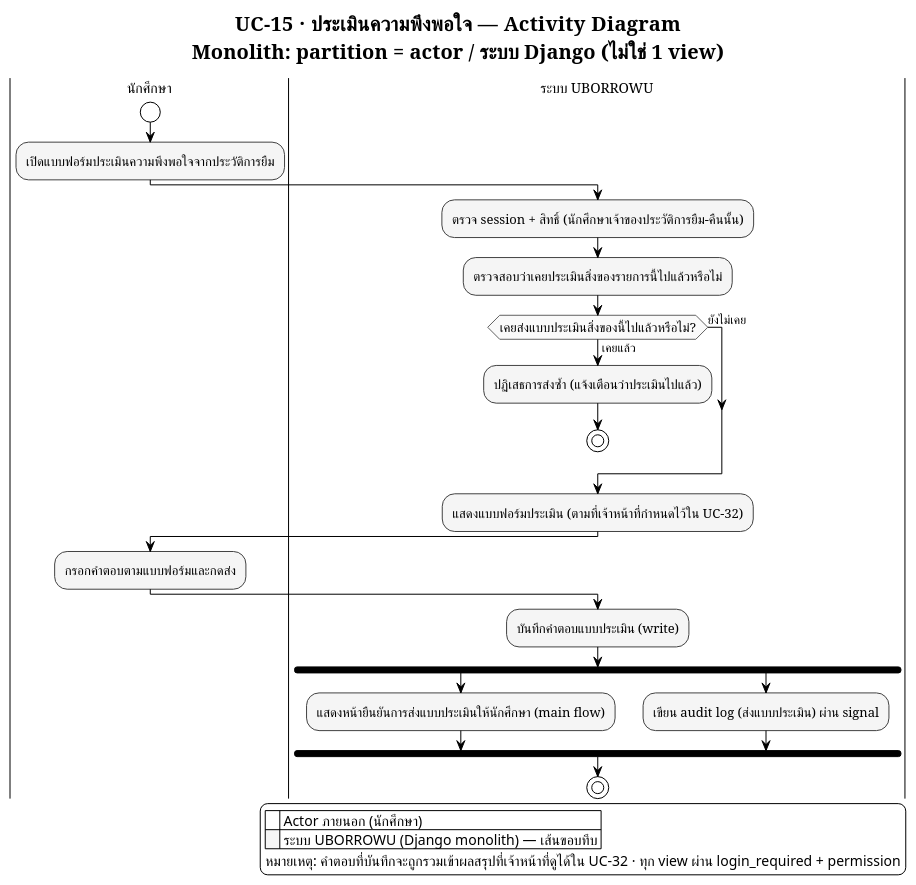
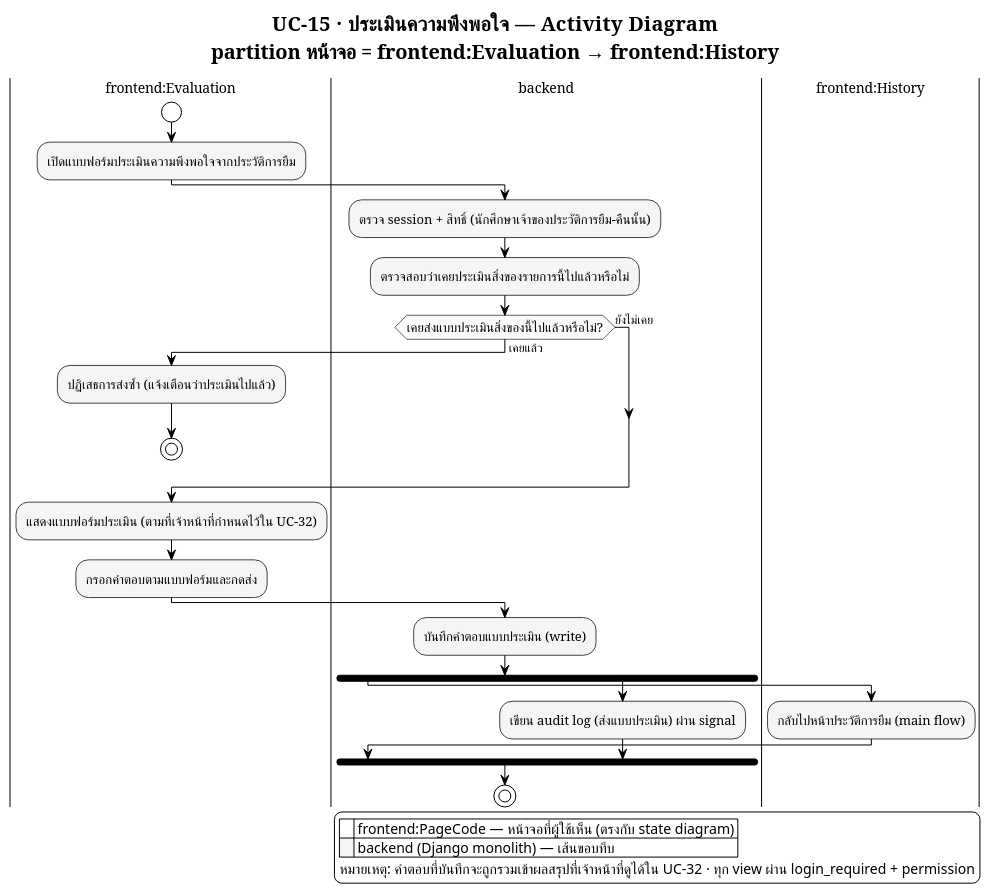
Before and after one commit to patlnwza-007/project-2569: the diagram in proposal/usecase/activity_module5_uc15.puml, drawn with PlantUML. The commit also changed 46 other files, not shown here.

First line of the commit message:
Rework UI state/activity diagrams onto frontend:PageCode/backend convention

```diff
--- a/proposal/usecase/activity_module5_uc15.puml
+++ b/proposal/usecase/activity_module5_uc15.puml
@@ -1,81 +1,82 @@
 @startuml activity_module5_uc15
 ' ══════════════════════════════════════════════════════════════════
 ' รองรับภาษาไทย — อ่านก่อน render:
 ' 1. บันทึกไฟล์นี้เป็น UTF-8 (ไม่ต้องมี BOM) เสมอ
 ' 2. ถ้า render ผ่าน CLI (plantuml.jar) ต้องระบุ flag encoding ด้วย:
 '      java -Dfile.encoding=UTF-8 -jar plantuml.jar -charset UTF-8 activity_evaluation_submit_evaluation.puml
 ' 3. บังคับใช้ Smetana (pure-Java layout engine) แทน Graphviz/dot
 '    เพราะ Graphviz บางระบบ (โดยเฉพาะ Windows) อ่าน UTF-8 ไม่ตรง ทำให้ตัวอักษรไทยเพี้ยน/หาย
 !pragma layout smetana
 ' 4. ฟอนต์ที่มีสระ/วรรณยุกต์ไทยครบและ render ผ่าน Java ได้เสถียร
 '    - Windows: "TH Sarabun New" (ฟอนต์มาตรฐานราชการ) หรือ "Tahoma" (มากับเครื่องอยู่แล้ว)
 '    - Linux / PlantUML online server: เปลี่ยนเป็น "Noto Sans Thai" หรือ "Loma"
 skinparam defaultFontName "TH Sarabun New"
 skinparam defaultFontSize 14
 ' ══════════════════════════════════════════════════════════════════
 
 !theme plain
 skinparam titleFontName "TH Sarabun New"
 skinparam titleFontSize 20
 skinparam noteFontName "TH Sarabun New"
 skinparam ArrowFontName "TH Sarabun New"
 skinparam ArrowFontSize 12
 skinparam swimlaneTitleFontName "TH Sarabun New"
 skinparam swimlaneTitleFontSize 14
 
 ' ===== Monochrome เท่านั้น — ห้ามให้แต่ละ partition มีสีต่างกัน =====
 skinparam activity {
   BackgroundColor #F5F5F5
   BorderColor #424242
   FontName "TH Sarabun New"
   FontSize 13
   DiamondBackgroundColor #FAFAFA
   DiamondBorderColor #616161
 }
 skinparam partition {
   BackgroundColor #FAFAFA
   BorderColor #424242
 }
 
-title UC-15 · ประเมินความพึงพอใจ — Activity Diagram\nMonolith: partition = actor / ระบบ Django (ไม่ใช่ 1 view)
+title UC-15 · ประเมินความพึงพอใจ — Activity Diagram\npartition หน้าจอ = frontend:Evaluation → frontend:History
 
-' ===== Actor ภายนอก (human) ที่ริเริ่มกระบวนการ =====
-' หมายเหตุ: สมมติว่านักศึกษา login แล้ว (session ผ่าน allauth) — ไม่ต้องวาด OAuth ซ้ำใน flow นี้
+' หมายเหตุ: สมมติว่านักศึกษา login แล้ว (session) — ไม่ต้องวาด OAuth/SSO ซ้ำใน flow นี้
 ' Pre-condition: มีแบบฟอร์มประเมินที่เจ้าหน้าที่สร้างไว้แล้ว (UC-32) และนักศึกษาเคยยืม-คืนสิ่งของนั้นแล้ว
-|นักศึกษา|
+|frontend:Evaluation|
 start
 :เปิดแบบฟอร์มประเมินความพึงพอใจจากประวัติการยืม;
 
-|ระบบ UBORROWU|
+|backend|
 :ตรวจ session + สิทธิ์ (นักศึกษาเจ้าของประวัติการยืม-คืนนั้น);
 :ตรวจสอบว่าเคยประเมินสิ่งของรายการนี้ไปแล้วหรือไม่;
 
 if (เคยส่งแบบประเมินสิ่งของนี้ไปแล้วหรือไม่?) then (เคยแล้ว)
+  |frontend:Evaluation|
   :ปฏิเสธการส่งซ้ำ (แจ้งเตือนว่าประเมินไปแล้ว);
   stop
 else (ยังไม่เคย)
 endif
 
+|frontend:Evaluation|
 :แสดงแบบฟอร์มประเมิน (ตามที่เจ้าหน้าที่กำหนดไว้ใน UC-32);
-
-|นักศึกษา|
 :กรอกคำตอบตามแบบฟอร์มและกดส่ง;
 
-|ระบบ UBORROWU|
+|backend|
 :บันทึกคำตอบแบบประเมิน (write);
 
 fork
-  :แสดงหน้ายืนยันการส่งแบบประเมินให้นักศึกษา (main flow);
+  |frontend:History|
+  :กลับไปหน้าประวัติการยืม (main flow);
 fork again
+  |backend|
   :เขียน audit log (ส่งแบบประเมิน) ผ่าน signal;
 end fork
 
 stop
 
 legend right
-  |<back:white>    </back>| Actor ภายนอก (นักศึกษา) |
-  |<back:#F5F5F5>    </back>| ระบบ UBORROWU (Django monolith) — เส้นขอบทึบ |
+  |<back:white>    </back>| frontend:PageCode — หน้าจอที่ผู้ใช้เห็น (ตรงกับ state diagram) |
+  |<back:#F5F5F5>    </back>| backend (Django monolith) — เส้นขอบทึบ |
   หมายเหตุ: คำตอบที่บันทึกจะถูกรวมเข้าผลสรุปที่เจ้าหน้าที่ดูได้ใน UC-32 · ทุก view ผ่าน login_required + permission
 endlegend
 
 @enduml
```
